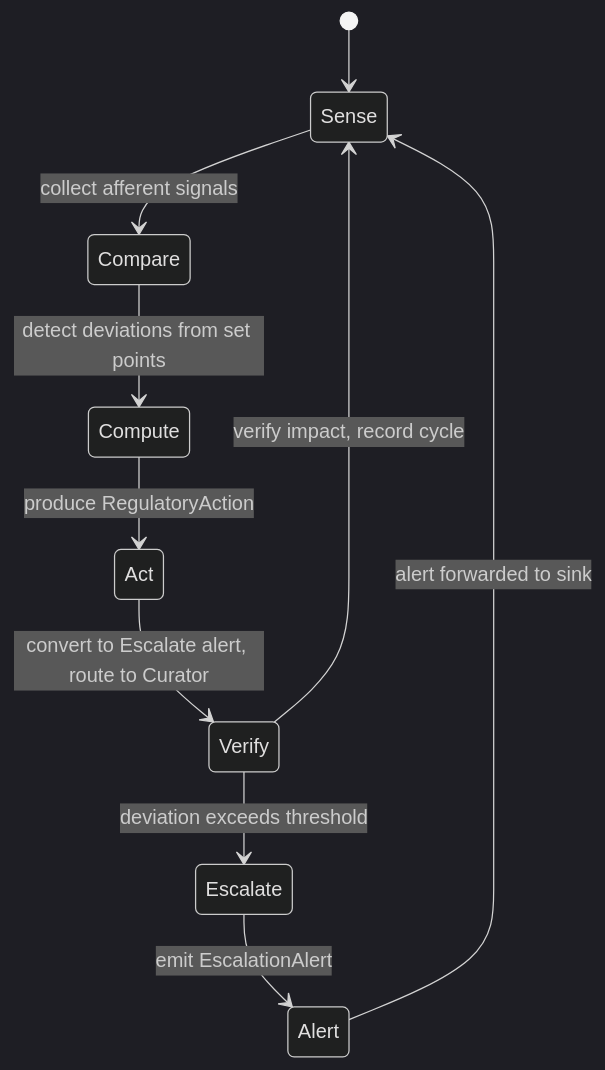
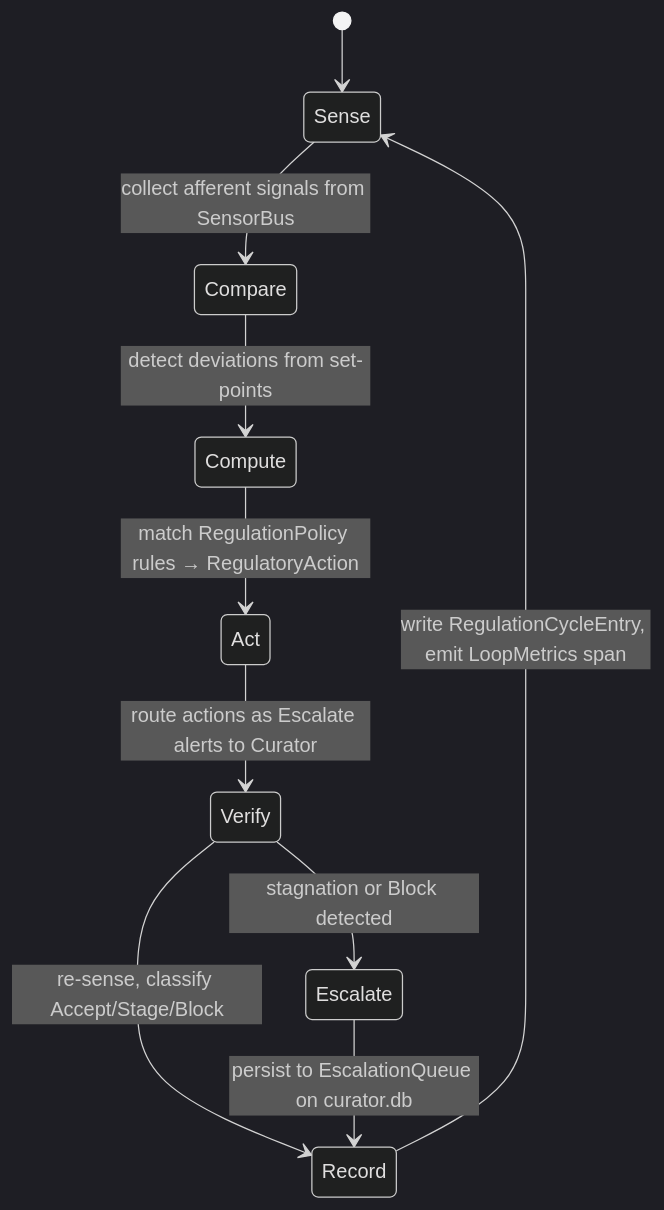
One commit to mdz-axo/zed-kask changed the first of 2 diagrams in kask/docs/diataxis/hkask-regulation/explanation.md. Above: the diagram before and after it, drawn with Mermaid (dark theme). The commit also changed other lines of this file and 24 other files, not shown here.

````diff
--- a/kask/docs/diataxis/hkask-regulation/explanation.md
+++ b/kask/docs/diataxis/hkask-regulation/explanation.md
@@ -44,12 +54,12 @@
 ```mermaid
 stateDiagram-v2
     [*] --> Sense
-    Sense --> Compare: collect afferent signals
-    Compare --> Compute: detect deviations from set points
-    Compute --> Act: produce RegulatoryAction
-    Act --> Verify: convert to Escalate alert, route to Curator
-    Verify --> Sense: verify impact, record cycle
-    Verify --> Escalate: deviation exceeds threshold
-    Escalate --> Alert: emit EscalationAlert
-    Alert --> Sense: alert forwarded to sink
+    Sense --> Compare: collect afferent signals from SensorBus
+    Compare --> Compute: detect deviations from set-points
+    Compute --> Act: match RegulationPolicy rules → RegulatoryAction
+    Act --> Verify: route actions as Escalate alerts to Curator
+    Verify --> Record: re-sense, classify Accept/Stage/Block
+    Record --> Sense: write RegulationCycleEntry, emit LoopMetrics span
+    Verify --> Escalate: stagnation or Block detected
+    Escalate --> Record: persist to EscalationQueue on curator.db
 ```
````
